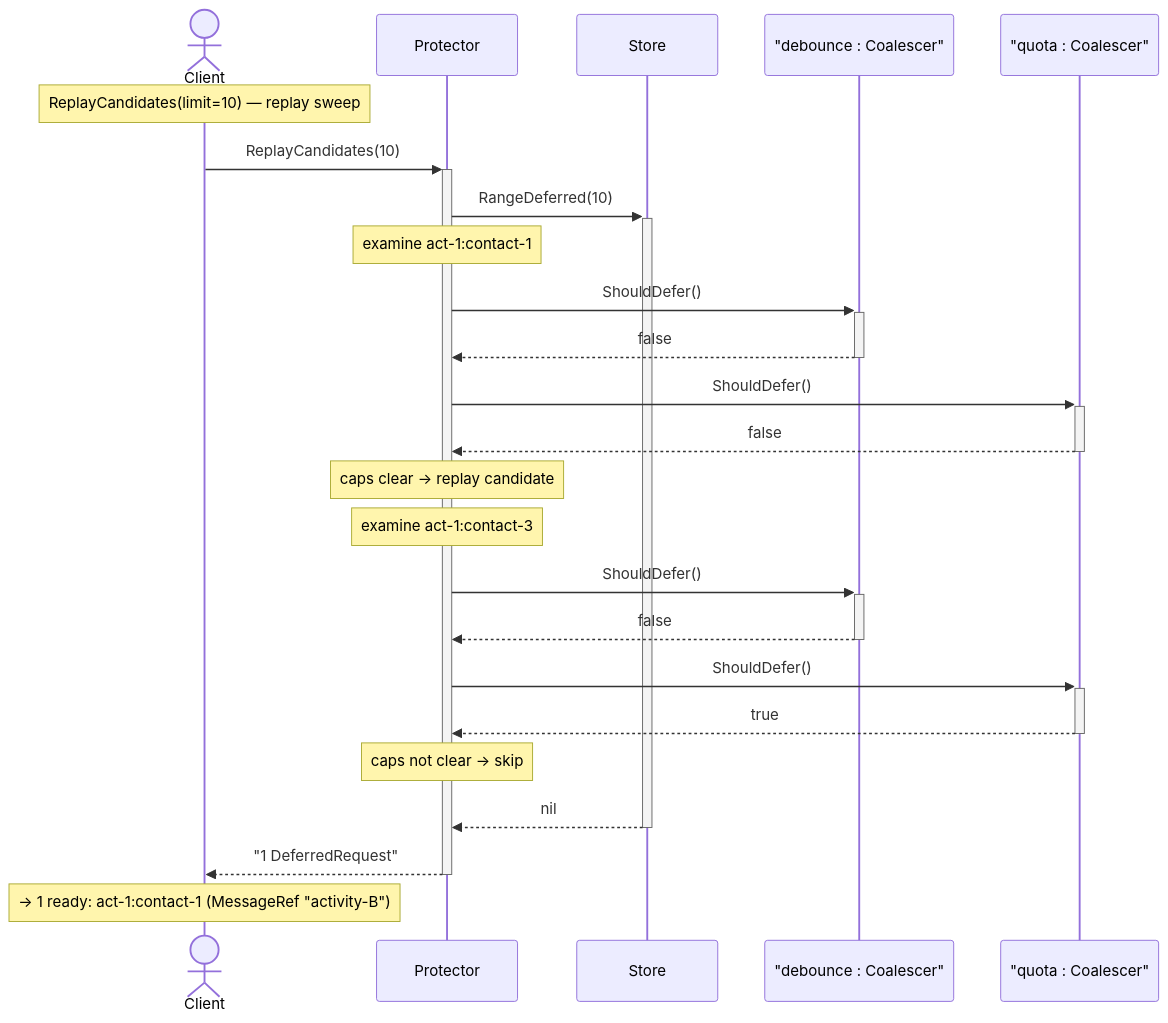
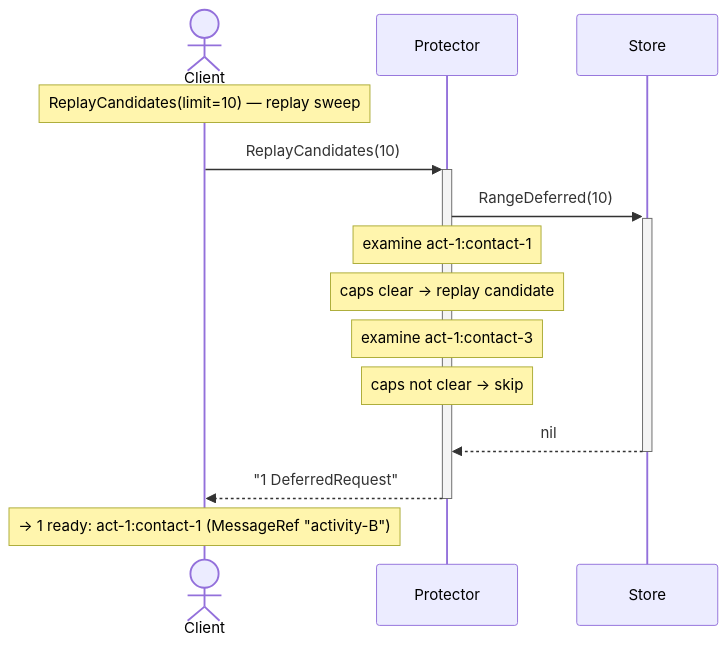
The sixth of 6 diagrams in internal/core/sequence_write_test.md (homemade/pith), drawn with Mermaid before and after one commit. The commit also changed other lines of this file and 13 other files, not shown here.

````diff
--- a/internal/core/sequence_write_test.md
+++ b/internal/core/sequence_write_test.md
@@ -123,27 +102,17 @@
 ```mermaid
 sequenceDiagram
     actor Client
     participant Protector
     participant Store
-    participant Debounce as "debounce : Coalescer"
-    participant Quota as "quota : Coalescer"
 
     Note over Client: ReplayCandidates(limit=10) — replay sweep
     Client->>+Protector: ReplayCandidates(10)
     Protector->>+Store: RangeDeferred(10)
     Note over Protector: examine act-1:contact-1
-    Protector->>+Debounce: ShouldDefer()
-    Debounce-->>-Protector: false
-    Protector->>+Quota: ShouldDefer()
-    Quota-->>-Protector: false
     Note over Protector: caps clear → replay candidate
     Note over Protector: examine act-1:contact-3
-    Protector->>+Debounce: ShouldDefer()
-    Debounce-->>-Protector: false
-    Protector->>+Quota: ShouldDefer()
-    Quota-->>-Protector: true
     Note over Protector: caps not clear → skip
     Store-->>-Protector: nil
     Protector-->>-Client: "1 DeferredRequest"
     Note over Client: → 1 ready: act-1:contact-1 (MessageRef "activity-B")
 ```
````
